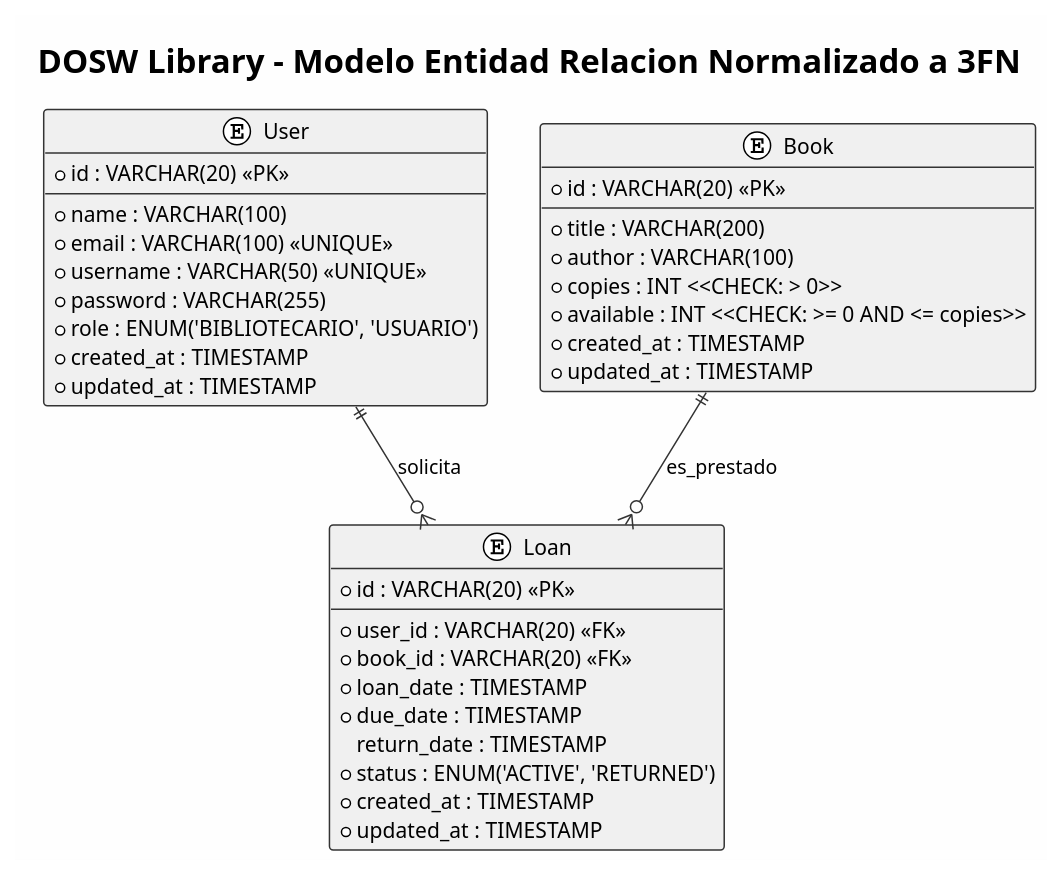
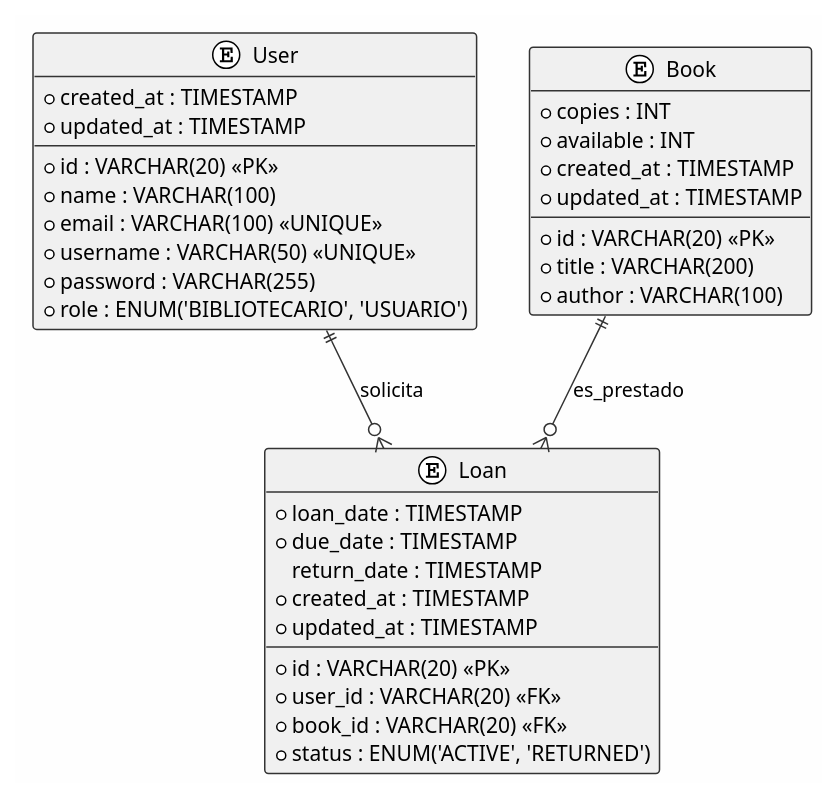
One commit to Juank-1030/DOSW-Library changed the diagram in output/DOSW_Library_ER_3FN.puml. Above: the diagram before and after it, drawn with PlantUML. The commit also changed 3 other files, not shown here.

Commit message:
refactor: Limpiar diagramas PlantUML - solo modelos sin comentarios

```diff
--- a/output/DOSW_Library_ER_3FN.puml
+++ b/output/DOSW_Library_ER_3FN.puml
@@ -1,50 +1,45 @@
 @startuml DOSW_Library_ER_3FN
 !theme plain
 skinparam backgroundColor #FEFEFE
 skinparam classBackgroundColor #F0F0F0
 skinparam classBorderColor #333333
 skinparam arrowColor #333333
 skinparam shadowing false
 
-title DOSW Library - Modelo Entidad Relacion Normalizado a 3FN
-
 entity User {
     *id : VARCHAR(20) <<PK>>
-    --
     *name : VARCHAR(100)
     *email : VARCHAR(100) <<UNIQUE>>
     *username : VARCHAR(50) <<UNIQUE>>
     *password : VARCHAR(255)
     *role : ENUM('BIBLIOTECARIO', 'USUARIO')
     *created_at : TIMESTAMP
     *updated_at : TIMESTAMP
 }
 
 entity Book {
     *id : VARCHAR(20) <<PK>>
-    --
     *title : VARCHAR(200)
     *author : VARCHAR(100)
-    *copies : INT <<CHECK: > 0>>
-    *available : INT <<CHECK: >= 0 AND <= copies>>
+    *copies : INT
+    *available : INT
     *created_at : TIMESTAMP
     *updated_at : TIMESTAMP
 }
 
 entity Loan {
     *id : VARCHAR(20) <<PK>>
-    --
     *user_id : VARCHAR(20) <<FK>>
     *book_id : VARCHAR(20) <<FK>>
     *loan_date : TIMESTAMP
     *due_date : TIMESTAMP
     return_date : TIMESTAMP
     *status : ENUM('ACTIVE', 'RETURNED')
     *created_at : TIMESTAMP
     *updated_at : TIMESTAMP
 }
 
 User ||--o{ Loan : solicita
 Book ||--o{ Loan : es_prestado
 
 @enduml
```
